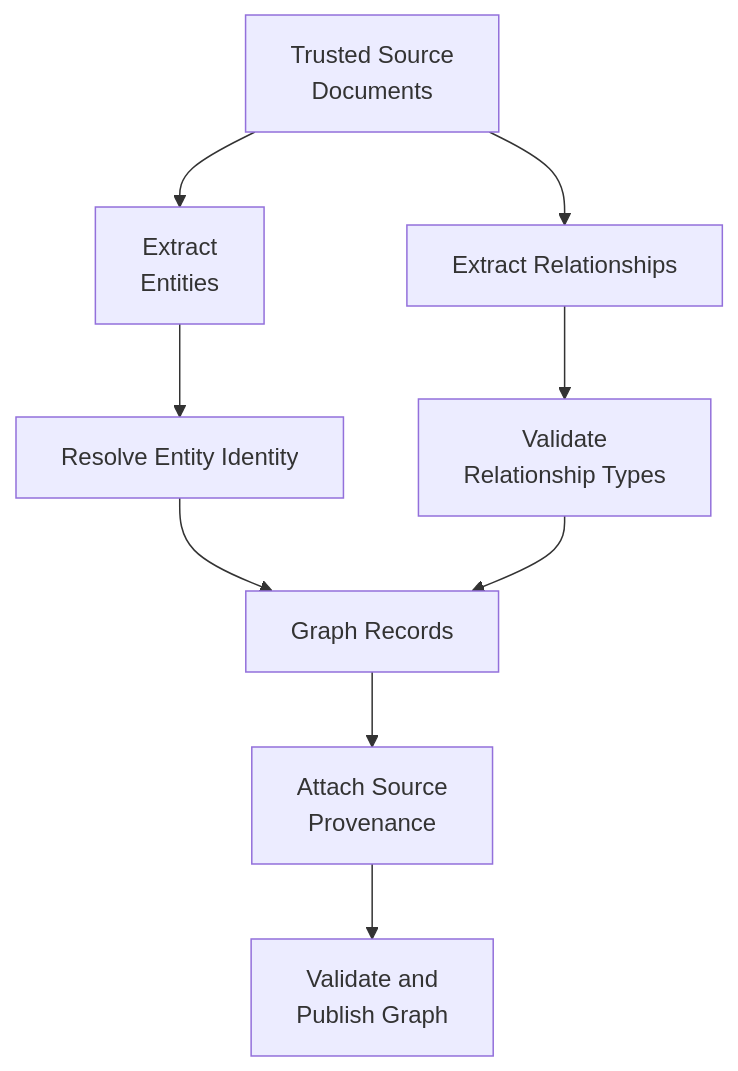
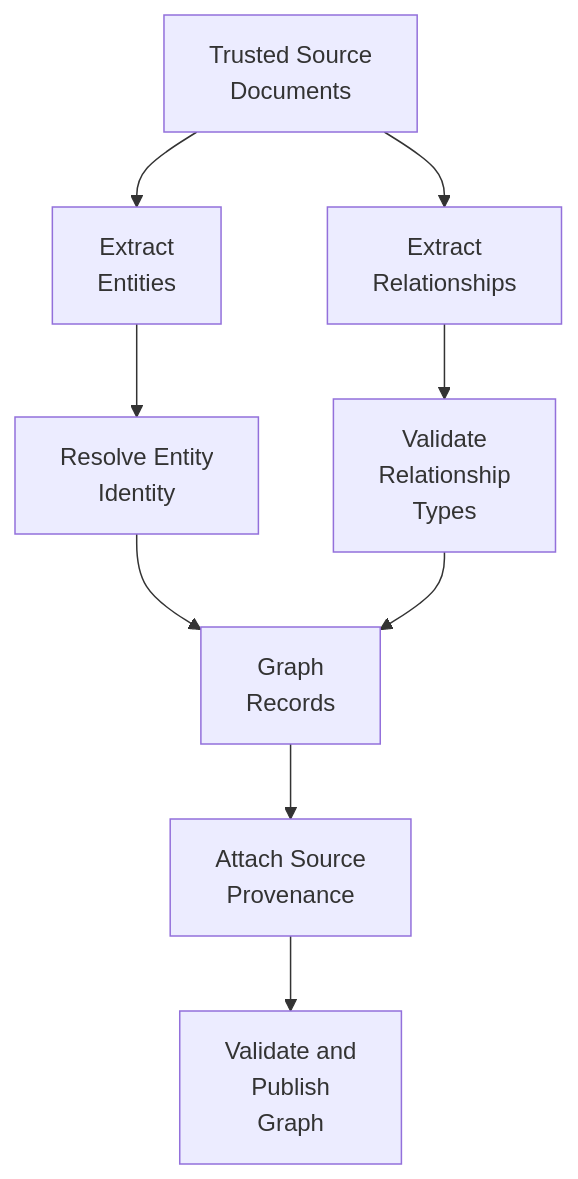
Before and after one commit to MihirKJha/enterprise-ai-blog: the third of 8 diagrams in docs/architecture-insights/genai-and-rag/4.1_architecting_graph_rag_relationship_aware_enterprise_knowledge.md, drawn with Mermaid. The commit also changed 2 other files, not shown here.

Commit message:
Added note 4.2 and updated note 4.1
Added note 4.2 and updated note 4.1

````diff
--- a/docs/architecture-insights/genai-and-rag/4.1_architecting_graph_rag_relationship_aware_enterprise_knowledge.md
+++ b/docs/architecture-insights/genai-and-rag/4.1_architecting_graph_rag_relationship_aware_enterprise_knowledge.md
@@ -104,11 +104,11 @@
 ```mermaid
 graph TD
     A[Trusted Source<br/>Documents] --> B[Extract<br/>Entities]
-    A --> C[Extract Relationships]
-    B --> D[Resolve Entity Identity]
-    C --> E[Validate<br/>Relationship Types]
-    D --> F[Graph Records]
+    A --> C[Extract<br/>Relationships]
+    B --> D[Resolve Entity<br/>Identity]
+    C --> E[Validate<br/>Relationship<br/>Types]
+    D --> F[Graph<br/>Records]
     E --> F
     F --> G[Attach Source<br/>Provenance]
-    G --> H[Validate and<br/>Publish Graph]
+    G --> H[Validate and<br/>Publish<br/>Graph]
 ```
````
